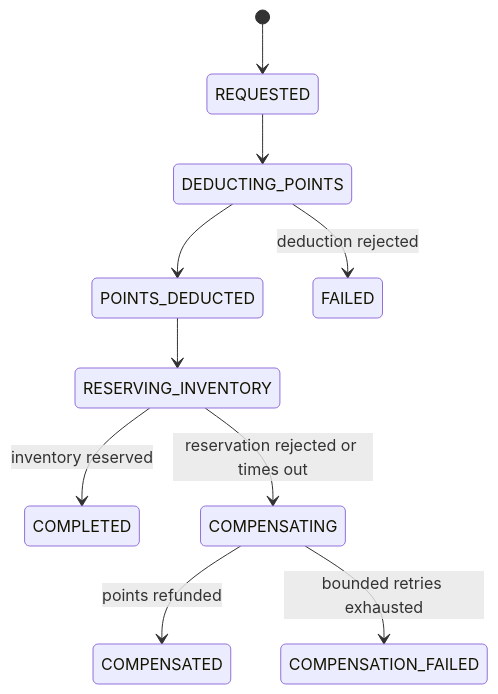
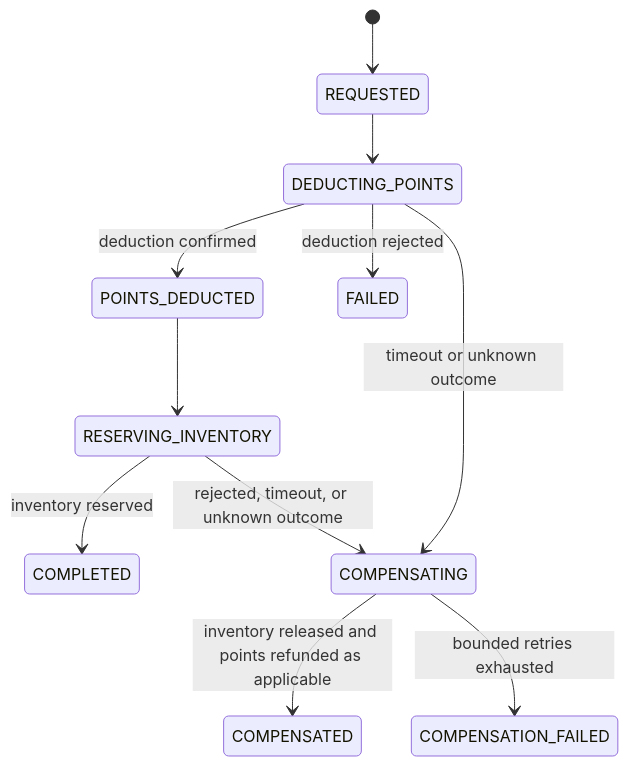
Before and after one commit to sonalilonkar1/LedgerMesh: the third of 3 diagrams in docs/architecture/ADR-001-ledgermesh-architecture-and-correctness.md, drawn with Mermaid. The commit also changed other lines of this file and 1 other file, not shown here.

Commit message:
docs: address LM-001 architecture review

````diff
--- a/docs/architecture/ADR-001-ledgermesh-architecture-and-correctness.md
+++ b/docs/architecture/ADR-001-ledgermesh-architecture-and-correctness.md
@@ -114,12 +131,13 @@
 ```mermaid
 stateDiagram-v2
     [*] --> REQUESTED
     REQUESTED --> DEDUCTING_POINTS
-    DEDUCTING_POINTS --> POINTS_DEDUCTED
+    DEDUCTING_POINTS --> POINTS_DEDUCTED: deduction confirmed
     POINTS_DEDUCTED --> RESERVING_INVENTORY
     RESERVING_INVENTORY --> COMPLETED: inventory reserved
     DEDUCTING_POINTS --> FAILED: deduction rejected
-    RESERVING_INVENTORY --> COMPENSATING: reservation rejected or times out
-    COMPENSATING --> COMPENSATED: points refunded
+    DEDUCTING_POINTS --> COMPENSATING: timeout or unknown outcome
+    RESERVING_INVENTORY --> COMPENSATING: rejected, timeout, or unknown outcome
+    COMPENSATING --> COMPENSATED: inventory released and points refunded as applicable
     COMPENSATING --> COMPENSATION_FAILED: bounded retries exhausted
 ```
````
